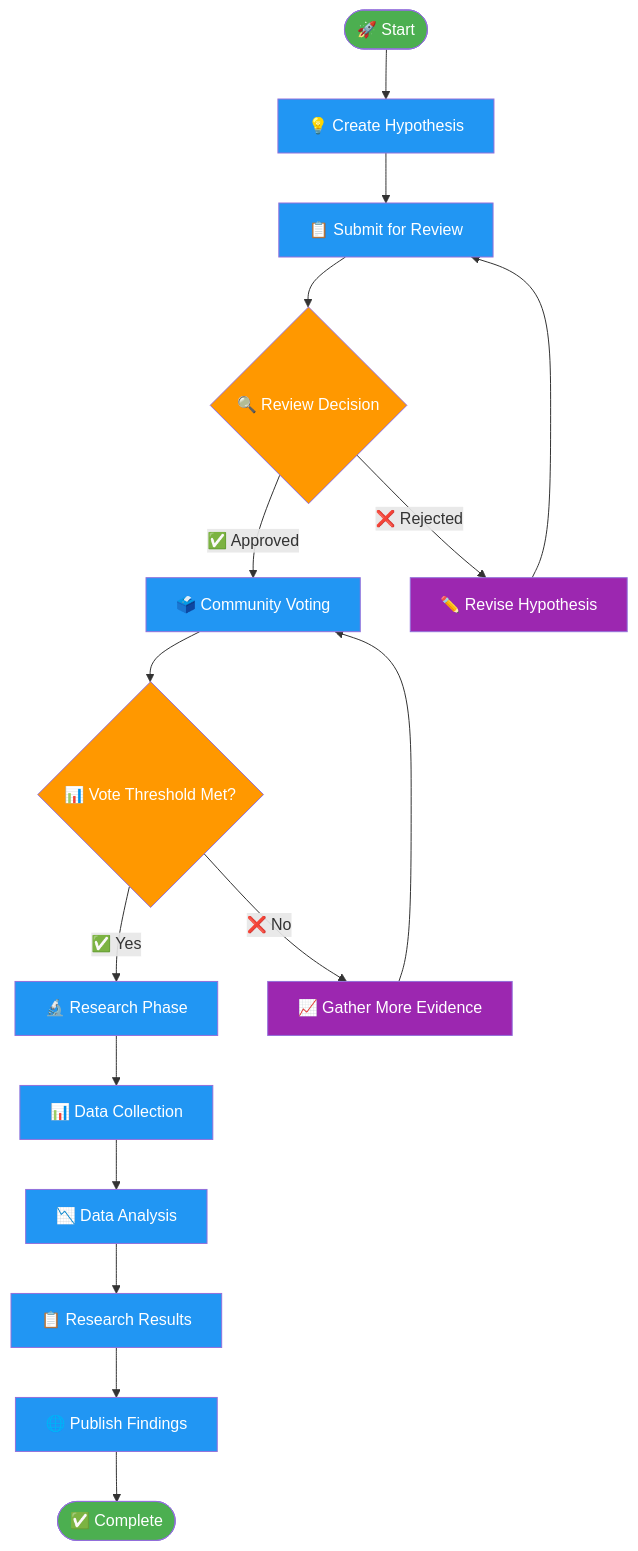
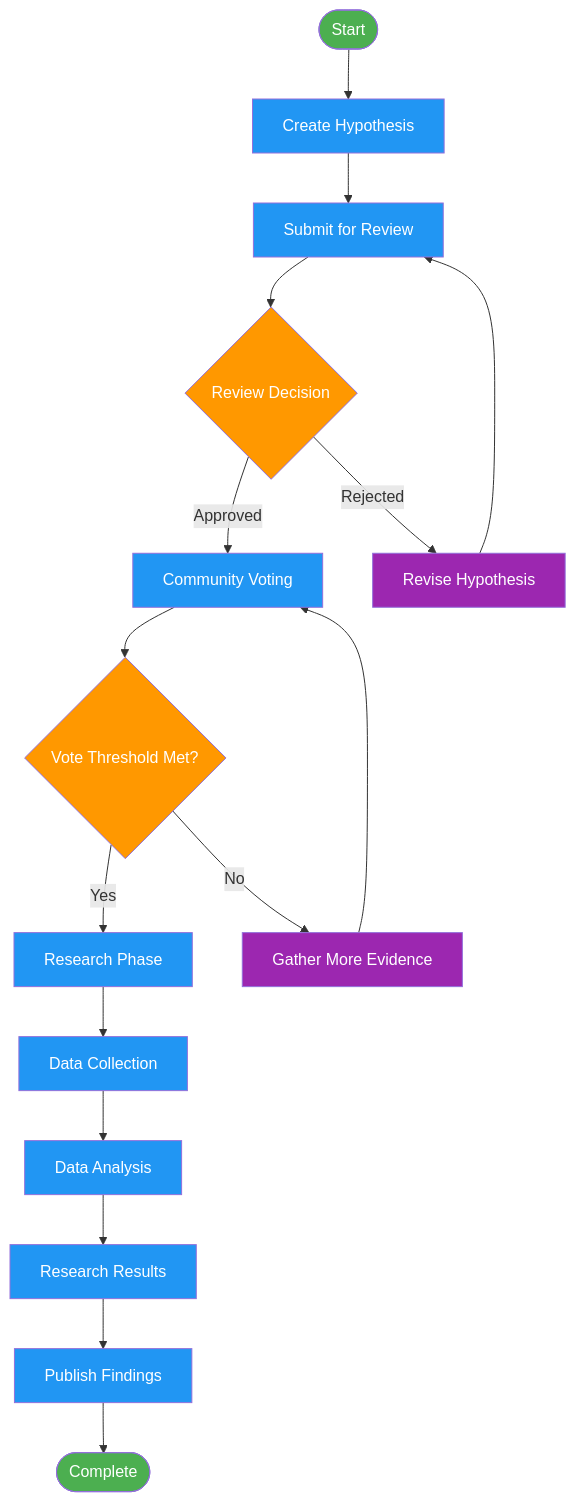
The fourth of 5 diagrams in database-diagram.md (InflammAI/New-Inflamm-AI-AI), drawn with Mermaid before and after one commit. The commit also changed other lines of this file, not shown here.

First line of the commit message:
Remove emojis from Mermaid diagrams to fix rendering

````diff
--- a/database-diagram.md
+++ b/database-diagram.md
@@ -198,32 +198,32 @@
 ```mermaid
 graph TD
-    Start([🚀 Start]) --> CreateHypothesis[💡 Create Hypothesis]
-    CreateHypothesis --> SubmitReview[📋 Submit for Review]
-    SubmitReview --> ReviewDecision{🔍 Review Decision}
+    Start([Start]) --> CreateHypothesis[Create Hypothesis]
+    CreateHypothesis --> SubmitReview[Submit for Review]
+    SubmitReview --> ReviewDecision{Review Decision}
     
-    ReviewDecision -->|✅ Approved| CommunityVote[🗳️ Community Voting]
-    ReviewDecision -->|❌ Rejected| ReviseHypothesis[✏️ Revise Hypothesis]
+    ReviewDecision -->|Approved| CommunityVote[Community Voting]
+    ReviewDecision -->|Rejected| ReviseHypothesis[Revise Hypothesis]
     ReviseHypothesis --> SubmitReview
     
-    CommunityVote --> VoteThreshold{📊 Vote Threshold Met?}
-    VoteThreshold -->|✅ Yes| ResearchPhase[🔬 Research Phase]
-    VoteThreshold -->|❌ No| GatherEvidence[📈 Gather More Evidence]
+    CommunityVote --> VoteThreshold{Vote Threshold Met?}
+    VoteThreshold -->|Yes| ResearchPhase[Research Phase]
+    VoteThreshold -->|No| GatherEvidence[Gather More Evidence]
     GatherEvidence --> CommunityVote
     
-    ResearchPhase --> DataCollection[📊 Data Collection]
-    DataCollection --> Analysis[📉 Data Analysis]
-    Analysis --> Results[📋 Research Results]
-    Results --> Publish[🌐 Publish Findings]
-    Publish --> End([✅ Complete])
+    ResearchPhase --> DataCollection[Data Collection]
+    DataCollection --> Analysis[Data Analysis]
+    Analysis --> Results[Research Results]
+    Results --> Publish[Publish Findings]
+    Publish --> End([Complete])
     
     %% Styling
     classDef startEnd fill:#4caf50,color:#fff
     classDef process fill:#2196f3,color:#fff
     classDef decision fill:#ff9800,color:#fff
     classDef action fill:#9c27b0,color:#fff
     
     class Start,End startEnd
     class CreateHypothesis,SubmitReview,CommunityVote,ResearchPhase,DataCollection,Analysis,Results,Publish process
     class ReviewDecision,VoteThreshold decision
     class ReviseHypothesis,GatherEvidence action
 ```
````
